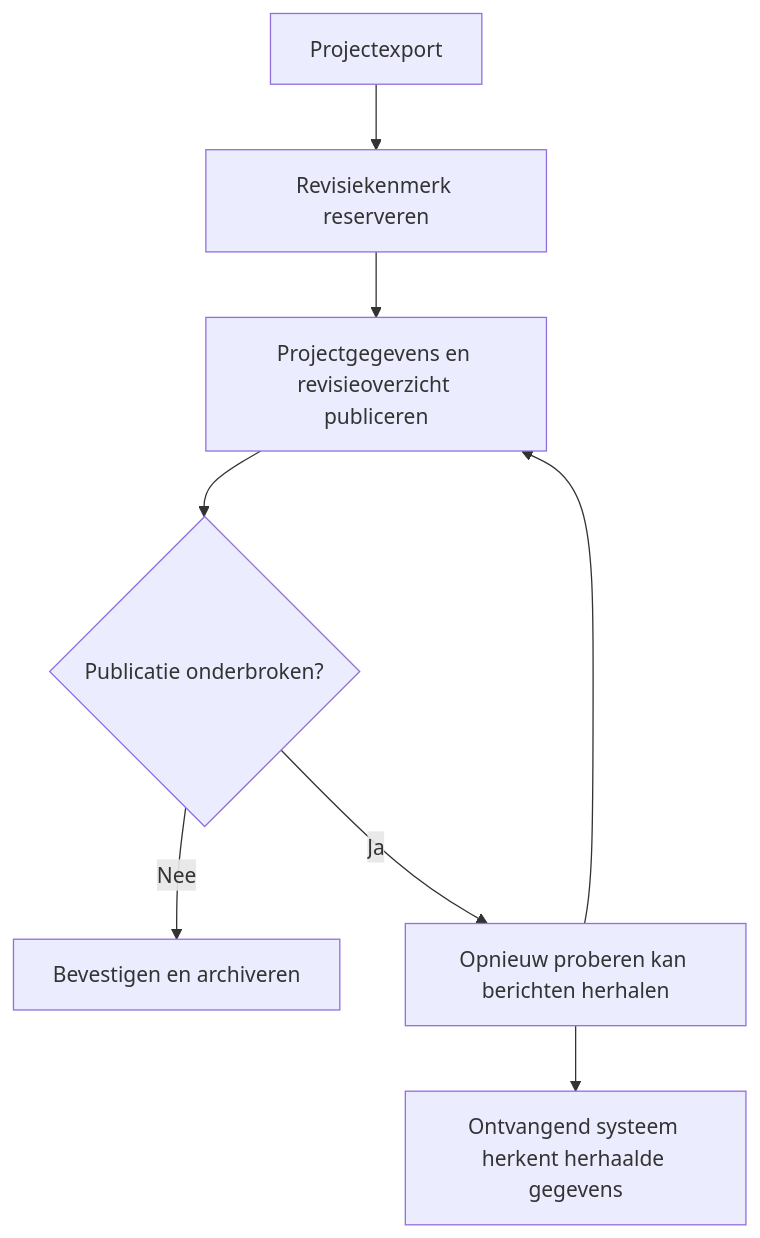
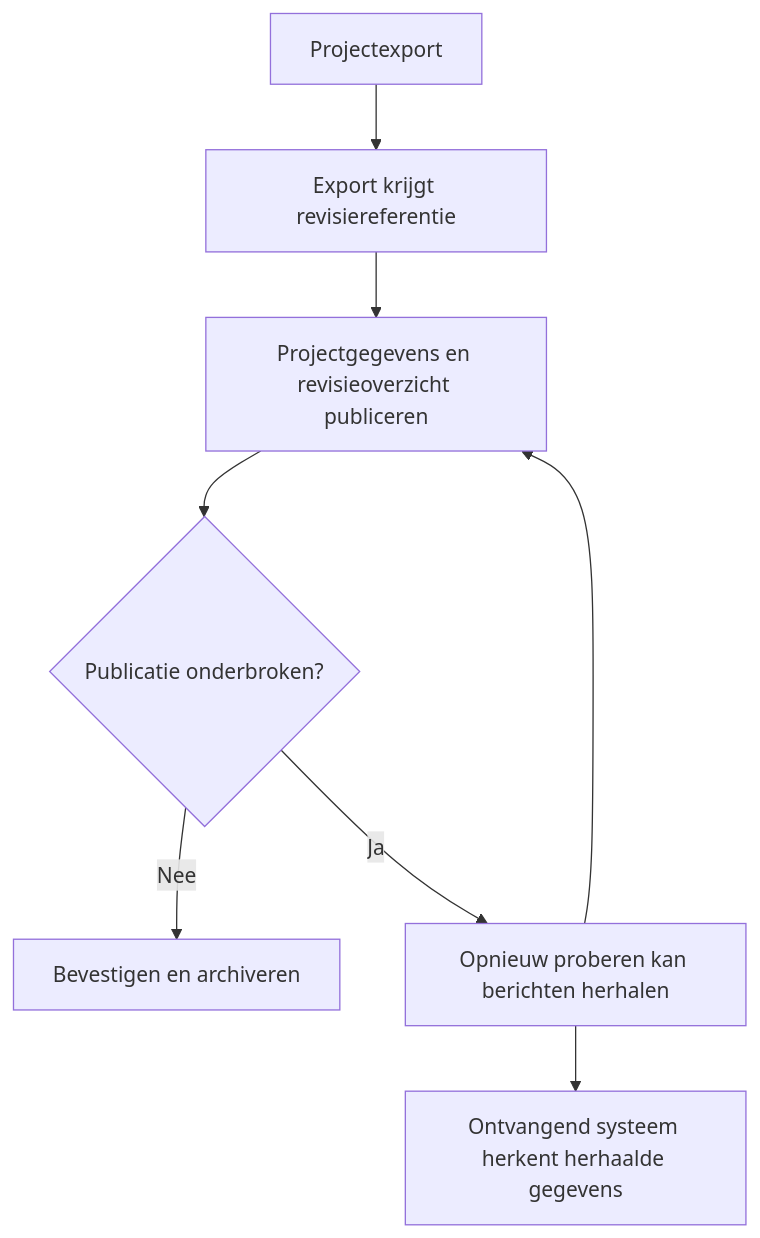
One commit to SheetMetalConnect/smc-mintlify changed the second of 2 diagrams in nl/qf2uns/workflow.mdx. Above: the diagram before and after it, drawn with Mermaid. The commit also changed other lines of this file, not shown here.

````diff
--- a/nl/qf2uns/workflow.mdx
+++ b/nl/qf2uns/workflow.mdx
@@ -29,10 +30,10 @@
 ```mermaid
 flowchart TB
-  A["Projectexport"] --> B["Revisiekenmerk reserveren"]
+  A["Projectexport"] --> B["Export krijgt revisiereferentie"]
   B --> C["Projectgegevens en revisieoverzicht publiceren"]
   C --> D{"Publicatie onderbroken?"}
   D -->|"Nee"| E["Bevestigen en archiveren"]
   D -->|"Ja"| F["Opnieuw proberen kan berichten herhalen"]
   F --> G["Ontvangend systeem herkent herhaalde gegevens"]
   F --> C
 ```
````
